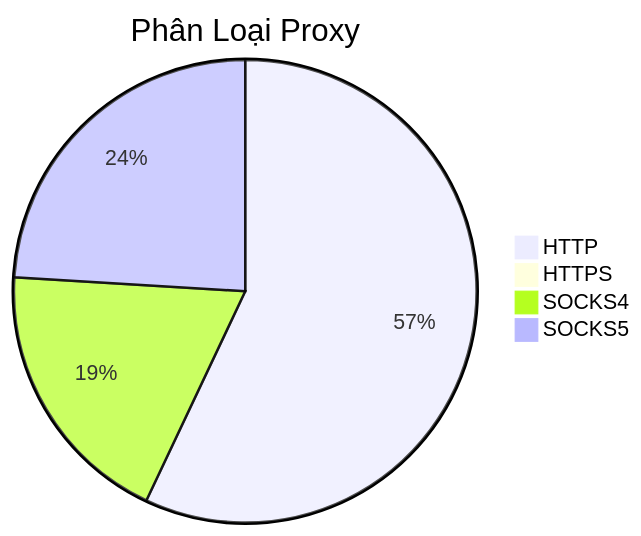
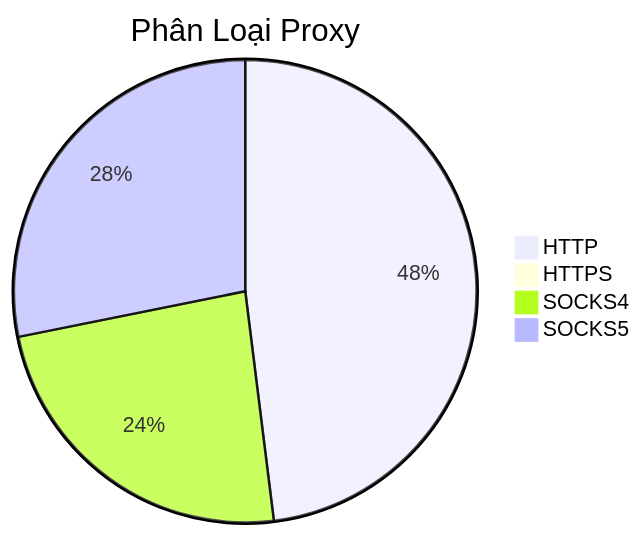
One commit to Ciara-12/PROXY-free changed the diagram in README.md. Above: the diagram before and after it, drawn with Mermaid. The commit also changed other lines of this file and 3 other files, not shown here.

````diff
--- a/README.md
+++ b/README.md
@@ -26,7 +26,7 @@
 ```mermaid
 pie title Phân Loại Proxy
-    "HTTP" : 759
+    "HTTP" : 486
     "HTTPS" : 0
-    "SOCKS4" : 252
-    "SOCKS5" : 320
+    "SOCKS4" : 241
+    "SOCKS5" : 285
 ```
````
